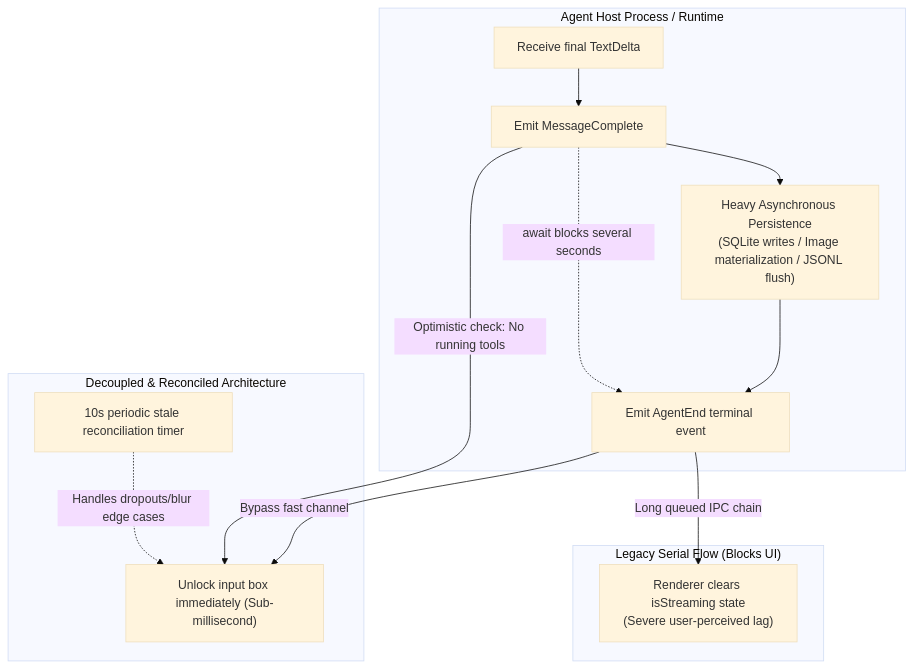
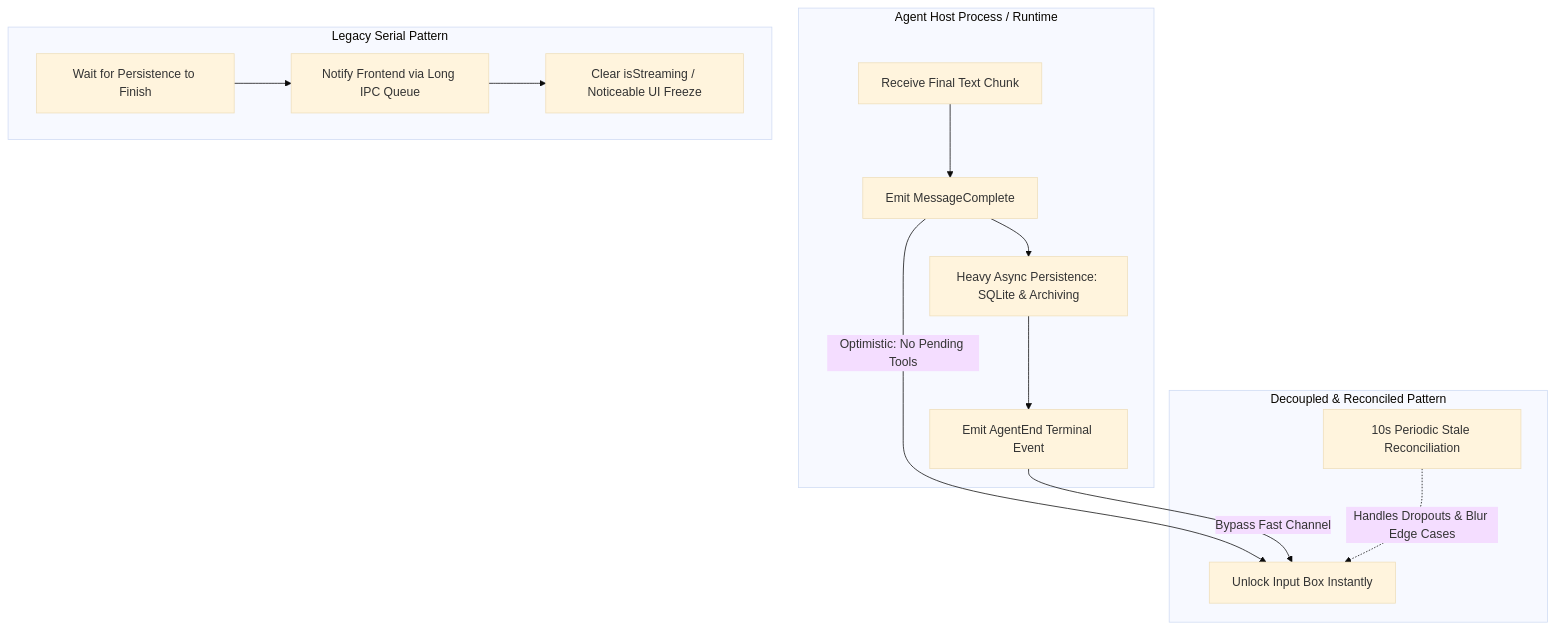
One commit to ferstar/blog changed the diagram in content.en/posts/desktop-agent-streaming-lifecycle-reconciliation.md. Above: the diagram before and after it, drawn with Mermaid (base theme). The commit also changed 7 other files, not shown here.

Commit message:
fix(blog): sanitize mermaid syntax across all new agent posts

```diff
--- a/content.en/posts/desktop-agent-streaming-lifecycle-reconciliation.md
+++ b/content.en/posts/desktop-agent-streaming-lifecycle-reconciliation.md
@@ -18,19 +18,19 @@
 {{< mermaid >}}
 flowchart TD
-  subgraph Backend["Agent Host Process / Runtime"]
-    M[Receive final TextDelta] --> MC[Emit MessageComplete]
-    MC --> P["Heavy Asynchronous Persistence<br/>(SQLite writes / Image materialization / JSONL flush)"]
-    P --> AE[Emit AgentEnd terminal event]
+  subgraph Backend[Agent Host Process / Runtime]
+    M[Receive Final Text Chunk] --> MC[Emit MessageComplete]
+    MC --> P[Heavy Async Persistence: SQLite & Archiving]
+    P --> AE[Emit AgentEnd Terminal Event]
   end
 
-  subgraph Legacy["Legacy Serial Flow (Blocks UI)"]
-    MC -.-> |await blocks several seconds| AE
-    AE -->|Long queued IPC chain| UI1["Renderer clears isStreaming state<br/>(Severe user-perceived lag)"]
+  subgraph Legacy[Legacy Serial Pattern]
+    L1[Wait for Persistence to Finish] --> L2[Notify Frontend via Long IPC Queue]
+    L2 --> L3[Clear isStreaming / Noticeable UI Freeze]
   end
 
-  subgraph Optimized["Decoupled & Reconciled Architecture"]
-    MC -->|Optimistic check: No running tools| UI2["Unlock input box immediately (Sub-millisecond)"]
-    AE -->|Bypass fast channel| UI2
-    T["10s periodic stale reconciliation timer"] -.->|Handles dropouts/blur edge cases| UI2
+  subgraph Optimized[Decoupled & Reconciled Pattern]
+    MC -->|Optimistic: No Pending Tools| UI1[Unlock Input Box Instantly]
+    AE -->|Bypass Fast Channel| UI1
+    T[10s Periodic Stale Reconciliation] -.->|Handles Dropouts & Blur Edge Cases| UI1
   end
 {{< /mermaid >}}
```
